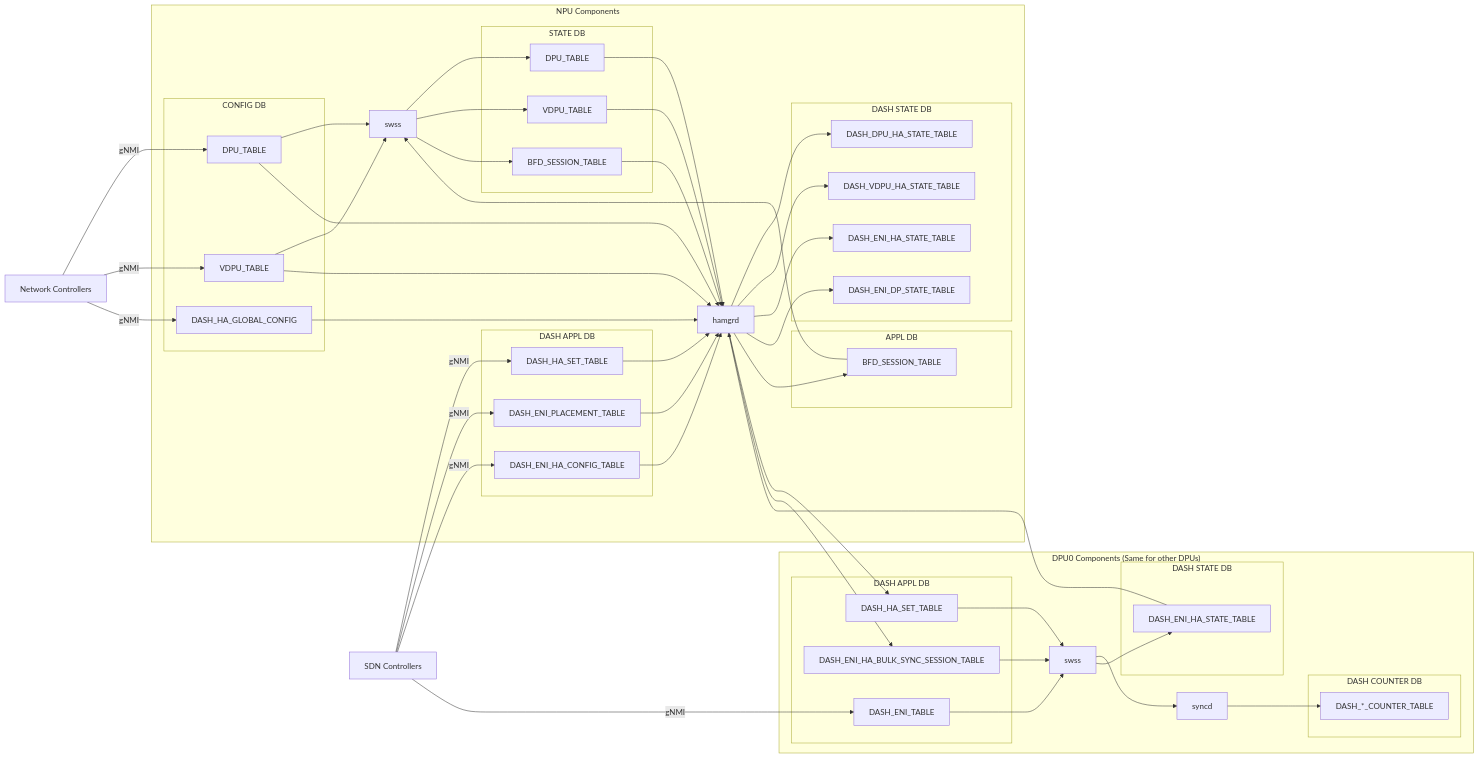
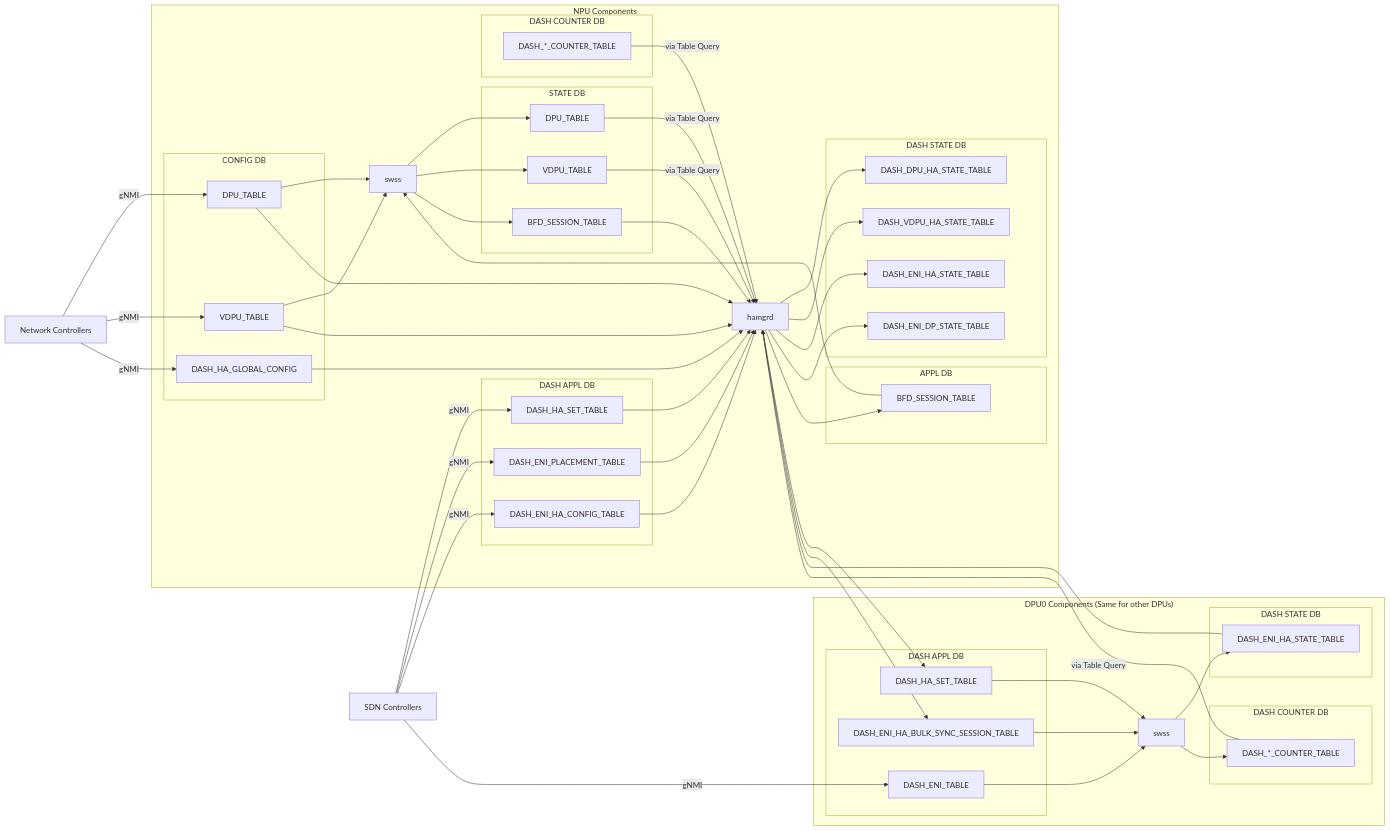
One commit to sonic-net/SONiC changed the diagram in doc/smart-switch/high-availability/smart-switch-ha-detailed-design.md. Above: the diagram before and after it, drawn with Mermaid. The commit also changed other lines of this file, not shown here.

Commit message:
minor update.

````diff
--- a/doc/smart-switch/high-availability/smart-switch-ha-detailed-design.md
+++ b/doc/smart-switch/high-availability/smart-switch-ha-detailed-design.md
@@ -88,11 +88,14 @@
          NPU_DASH_ENI_HA_STATE[DASH_ENI_HA_STATE_TABLE]
          NPU_DASH_ENI_DP_STATE[DASH_ENI_DP_STATE_TABLE]
       end
+
+      subgraph DASH COUNTER DB
+         NPU_DASH_COUNTERS[DASH_*_COUNTER_TABLE]
+      end
    end
 
    subgraph "DPU0 Components (Same for other DPUs)"
       DPU_SWSS[swss]
-      DPU_SYNCD[syncd]
 
       subgraph DASH APPL DB
          DPU_DASH_HA_SET[DASH_HA_SET_TABLE]
@@ -109,6 +112,7 @@
       end
    end
 
+   %% Upstream services --> northbound interfaces:
    NC --> |gNMI| NPU_DPU
    NC --> |gNMI| NPU_VDPU
    NC --> |gNMI| NPU_DASH_HA_GLOBAL_CONFIG
@@ -118,40 +122,49 @@
    SC --> |gNMI| NPU_DASH_ENI_HA_CONFIG
    SC --> |gNMI| DPU_DASH_ENI
 
+   %% NPU tables --> NPU side SWSS:
    NPU_DPU --> NPU_SWSS
-   NPU_DPU --> NPU_HAMGRD
    NPU_VDPU --> NPU_SWSS
-   NPU_VDPU --> NPU_HAMGRD
+   NPU_BFD_SESSION --> NPU_SWSS
 
+   %% NPU side SWSS --> NPU tables:
    NPU_SWSS --> NPU_DPU_STATE
    NPU_SWSS --> NPU_VDPU_STATE
    NPU_SWSS --> NPU_BFD_SESSION_STATE
 
-   NPU_BFD_SESSION --> NPU_SWSS
-   NPU_DPU_STATE --> NPU_HAMGRD
-   NPU_VDPU_STATE --> NPU_HAMGRD
+   %% NPU tables --> hamgrd:
+   NPU_DPU --> NPU_HAMGRD
+   NPU_VDPU --> NPU_HAMGRD
+   NPU_DPU_STATE --> |via Table Query| NPU_HAMGRD
+   NPU_VDPU_STATE --> |via Table Query| NPU_HAMGRD
    NPU_BFD_SESSION_STATE --> NPU_HAMGRD
    NPU_DASH_HA_GLOBAL_CONFIG --> NPU_HAMGRD
    NPU_DASH_HA_SET --> NPU_HAMGRD
    NPU_DASH_ENI_PLACEMENT --> NPU_HAMGRD
    NPU_DASH_ENI_HA_CONFIG --> NPU_HAMGRD
+   NPU_DASH_COUNTERS --> |via Table Query| NPU_HAMGRD
 
+   %% DPU tables --> hamgrd:
+   DPU_DASH_ENI_HA_STATE --> NPU_HAMGRD
+   DPU_DASH_COUNTERS --> |via Table Query| NPU_HAMGRD
+
+   %% hamgrd --> NPU tables:
    NPU_HAMGRD --> NPU_DASH_DPU_HA_STATE
    NPU_HAMGRD --> NPU_DASH_VDPU_HA_STATE
    NPU_HAMGRD --> NPU_DASH_ENI_HA_STATE
    NPU_HAMGRD --> NPU_DASH_ENI_DP_STATE
    NPU_HAMGRD --> NPU_BFD_SESSION
 
+   %% hamgrd --> DPU tables:
    NPU_HAMGRD --> DPU_DASH_HA_SET
    NPU_HAMGRD --> DPU_DASH_ENI_HA_BULK_SYNC_SESSION
 
+   %% DPU tables --> DPU SWSS:
    DPU_DASH_ENI --> DPU_SWSS
    DPU_DASH_HA_SET --> DPU_SWSS
    DPU_DASH_ENI_HA_BULK_SYNC_SESSION --> DPU_SWSS
 
-   DPU_SWSS --> DPU_SYNCD
+   %% DPU swss --> DPU tables:
    DPU_SWSS --> DPU_DASH_ENI_HA_STATE
-
-   DPU_DASH_ENI_HA_STATE --> NPU_HAMGRD
-   DPU_SYNCD --> DPU_DASH_COUNTERS
+   DPU_SWSS --> DPU_DASH_COUNTERS
 ```
````
